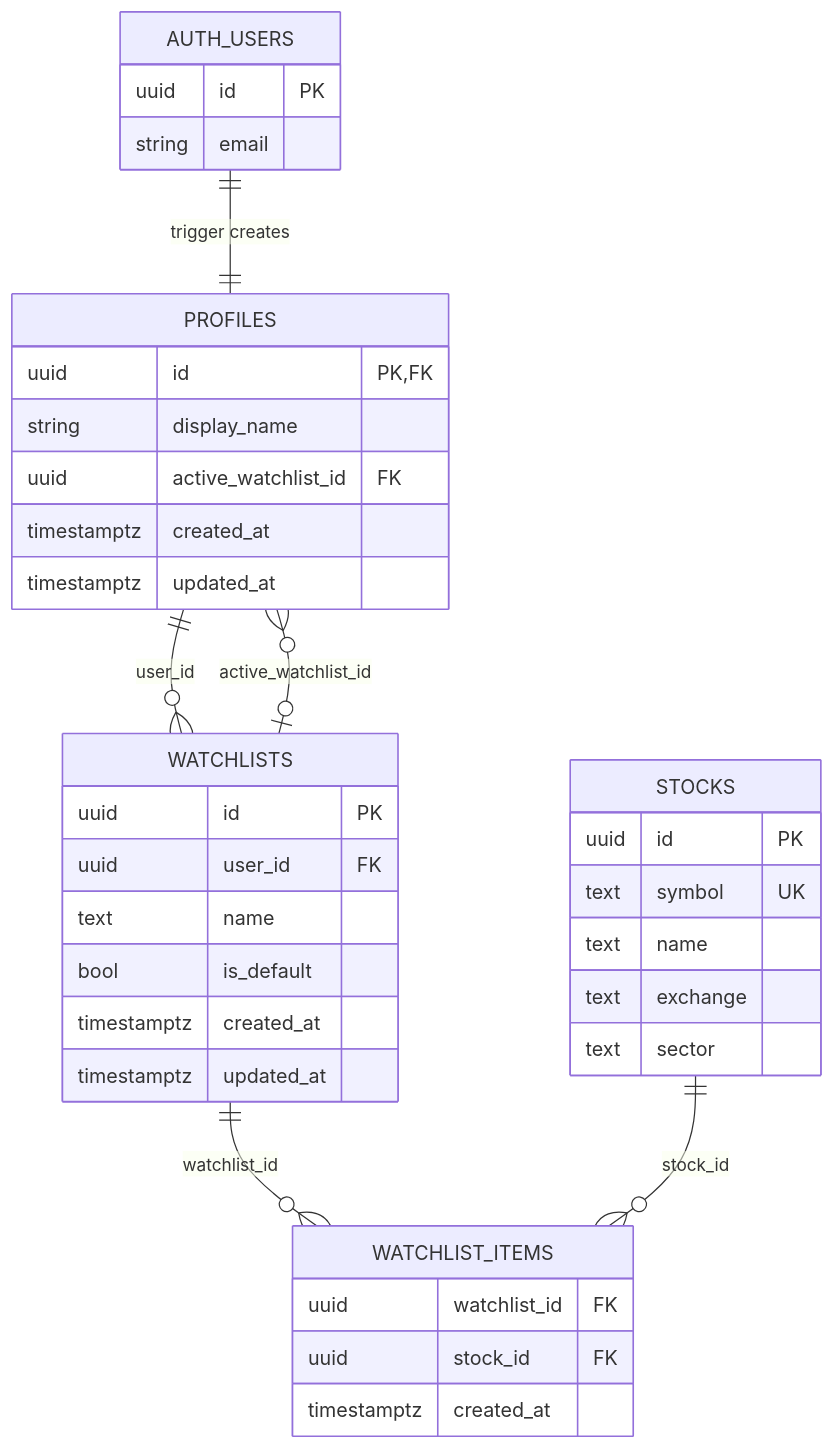
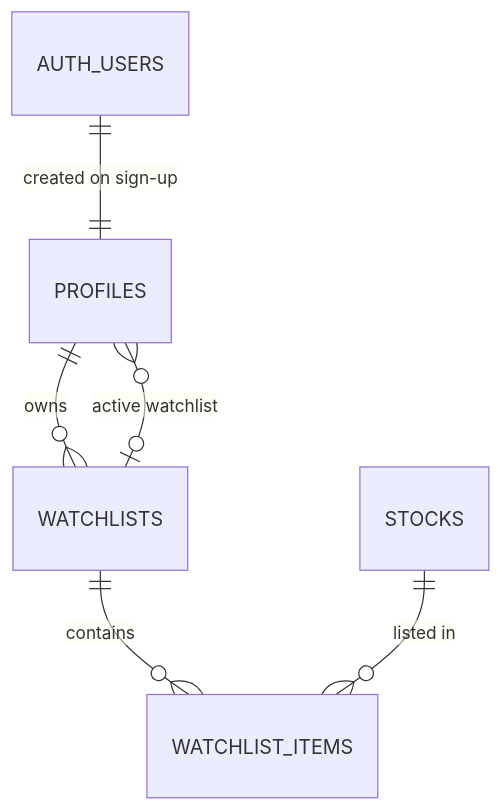
The second of 2 diagrams in README.md (Mona-Agrawall/nazar), drawn with Mermaid before and after one commit. The commit also changed other lines of this file and 2 other files, not shown here.

````diff
--- a/README.md
+++ b/README.md
@@ -528,40 +250,8 @@
 ```mermaid
 erDiagram
-    AUTH_USERS {
-        uuid id PK
-        string email
-    }
-    PROFILES {
-        uuid id PK, FK
-        string display_name
-        uuid active_watchlist_id FK
-        timestamptz created_at
-        timestamptz updated_at
-    }
-    STOCKS {
-        uuid id PK
-        text symbol UK
-        text name
-        text exchange
-        text sector
-    }
-    WATCHLISTS {
-        uuid id PK
-        uuid user_id FK
-        text name
-        bool is_default
-        timestamptz created_at
-        timestamptz updated_at
-    }
-    WATCHLIST_ITEMS {
-        uuid watchlist_id FK
-        uuid stock_id FK
-        timestamptz created_at
-    }
-
-    AUTH_USERS ||--|| PROFILES : "trigger creates"
-    PROFILES ||--o{ WATCHLISTS : "user_id"
-    PROFILES }o--o| WATCHLISTS : "active_watchlist_id"
-    WATCHLISTS ||--o{ WATCHLIST_ITEMS : "watchlist_id"
-    STOCKS ||--o{ WATCHLIST_ITEMS : "stock_id"
+    AUTH_USERS ||--|| PROFILES : "created on sign-up"
+    PROFILES ||--o{ WATCHLISTS : owns
+    PROFILES }o--o| WATCHLISTS : "active watchlist"
+    WATCHLISTS ||--o{ WATCHLIST_ITEMS : contains
+    STOCKS ||--o{ WATCHLIST_ITEMS : "listed in"
 ```
````
